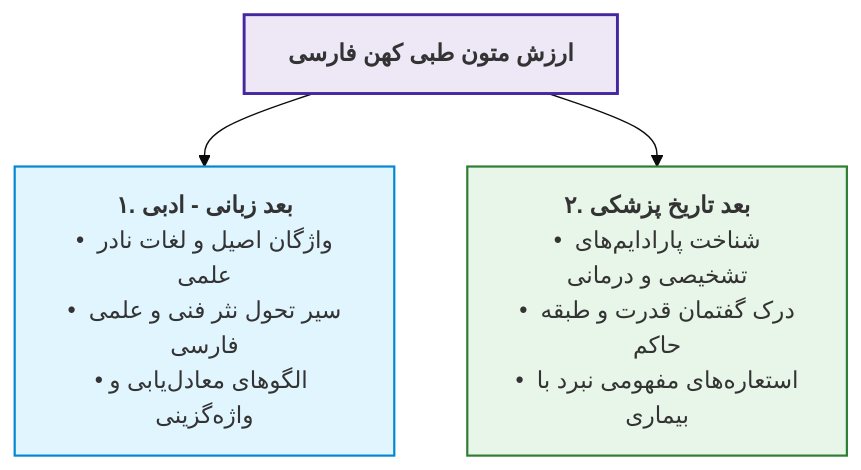
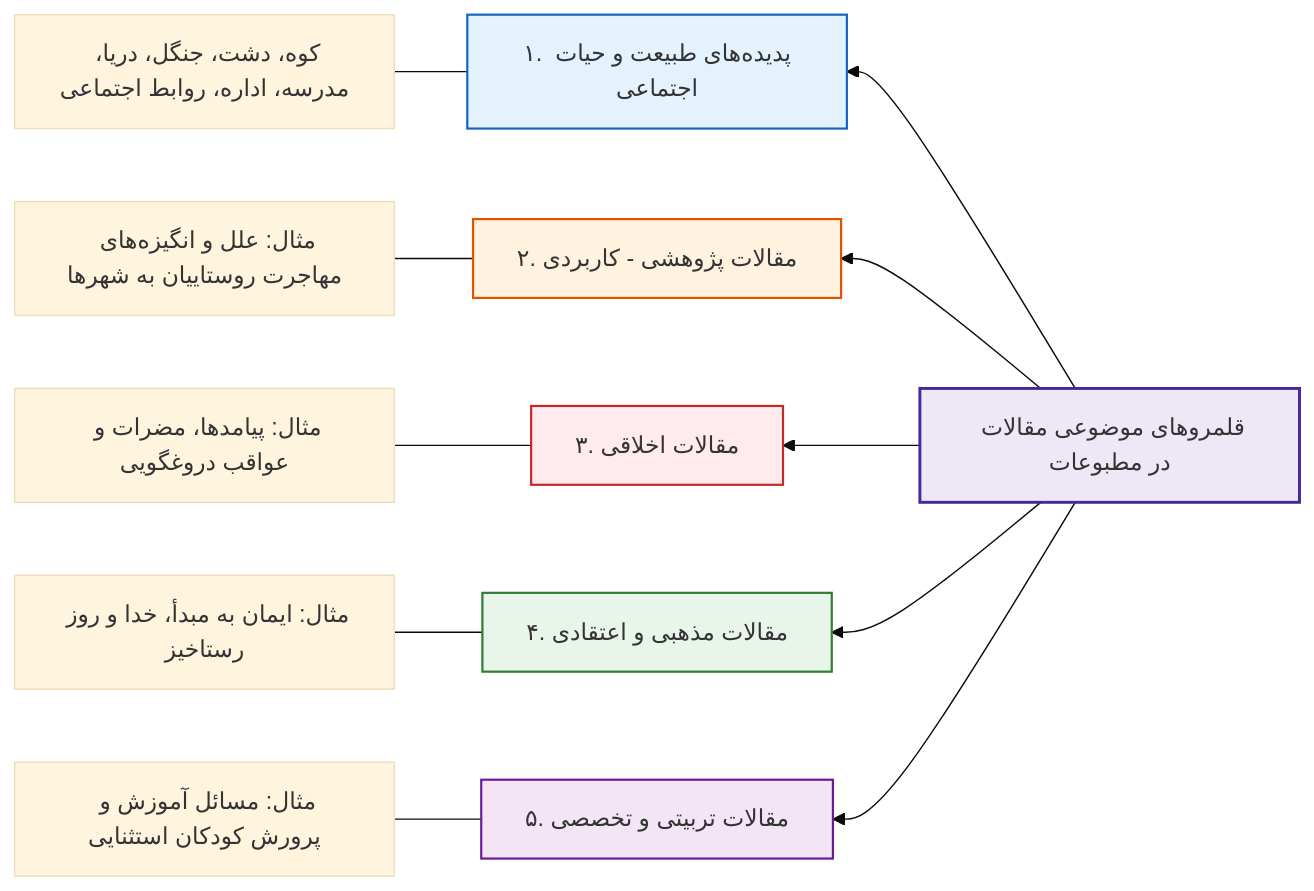
One commit to neopulse-hub/TUMS-1402-1-neo changed diagram 14 of 37 in 05/ادبیات/جامع بخش 1.md. Above: the diagram before and after it, drawn with Mermaid (base theme). The commit also changed other lines of this file, not shown here.

````diff
--- a/05/ادبیات/جامع بخش 1.md
+++ b/05/ادبیات/جامع بخش 1.md
@@ -431,10 +558,23 @@
 ```mermaid
-flowchart TD
-    Root["<b>ارزش متون طبی کهن فارسی</b>"]
-    Root --> A1["<b>۱. بعد زبانی - ادبی</b><br>• واژگان اصیل و لغات نادر علمی<br>• سیر تحول نثر فنی و علمی فارسی<br>• الگوهای معادل‌یابی و واژه‌گزینی"]
-    Root --> A2["<b>۲. بعد تاریخ پزشکی</b><br>• شناخت پارادایم‌های تشخیصی و درمانی<br>• درک گفتمان قدرت و طبقه حاکم<br>• استعاره‌های مفهومی نبرد با بیماری"]
+flowchart RL
+    Article["قلمروهای موضوعی مقالات در مطبوعات"]
+    
+    Article --> T1["۱. پدیده‌های طبیعت و حیات اجتماعی"]
+    Article --> T2["۲. مقالات پژوهشی - کاربردی"]
+    Article --> T3["۳. مقالات اخلاقی"]
+    Article --> T4["۴. مقالات مذهبی و اعتقادی"]
+    Article --> T5["۵. مقالات تربیتی و تخصصی"]
 
-    style Root fill:#ede7f6,stroke:#4527a0,stroke-width:2px;
-    style A1 fill:#e1f5fe,stroke:#0288d1,stroke-width:1.5px;
-    style A2 fill:#e8f5e9,stroke:#2e7d32,stroke-width:1.5px;
+    T1 --- E1["کوه، دشت، جنگل، دریا، مدرسه، اداره، روابط اجتماعی"]
+    T2 --- E2["مثال: علل و انگیزه‌های مهاجرت روستاییان به شهرها"]
+    T3 --- E3["مثال: پیامدها، مضرات و عواقب دروغگویی"]
+    T4 --- E4["مثال: ایمان به مبدأ، خدا و روز رستاخیز"]
+    T5 --- E5["مثال: مسائل آموزش و پرورش کودکان استثنایی"]
+
+    style Article fill:#ede7f6,stroke:#4527a0,stroke-width:2px;
+    style T1 fill:#e3f2fd,stroke:#1565c0,stroke-width:1.5px;
+    style T2 fill:#fff3e0,stroke:#e65100,stroke-width:1.5px;
+    style T3 fill:#ffebee,stroke:#c62828,stroke-width:1.5px;
+    style T4 fill:#e8f5e9,stroke:#2e7d32,stroke-width:1.5px;
+    style T5 fill:#f3e5f5,stroke:#6a1b9a,stroke-width:1.5px;
 ```
````
